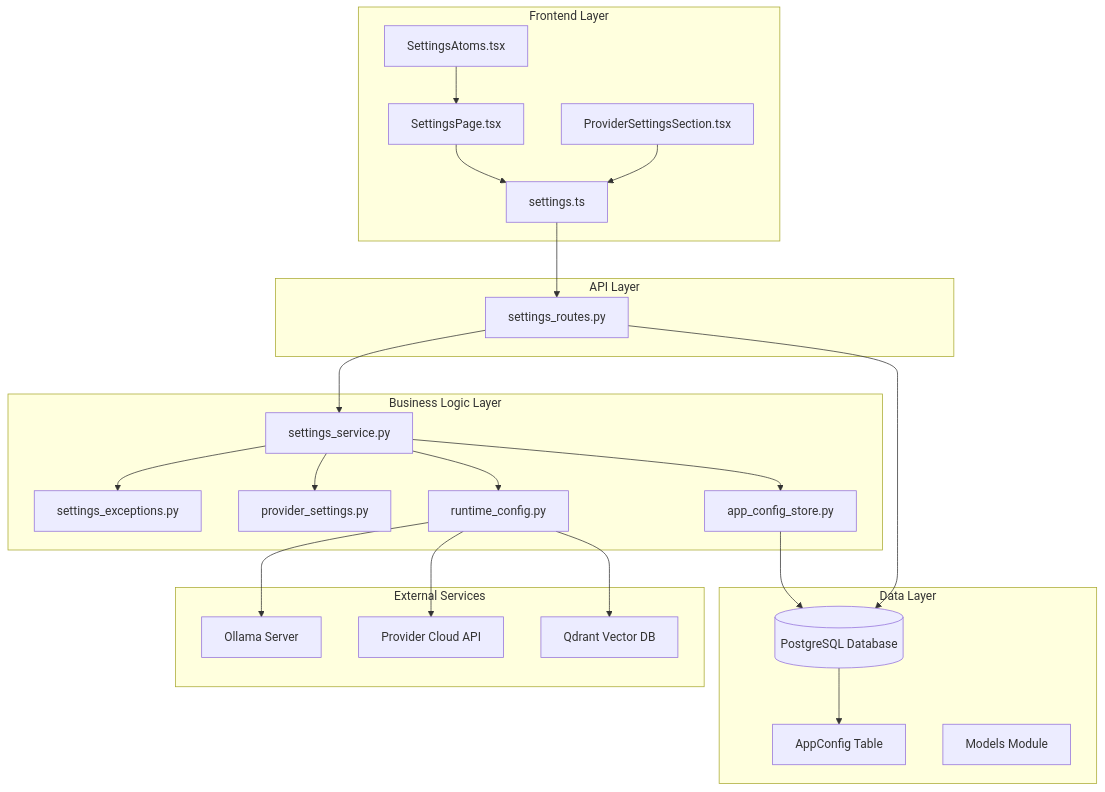
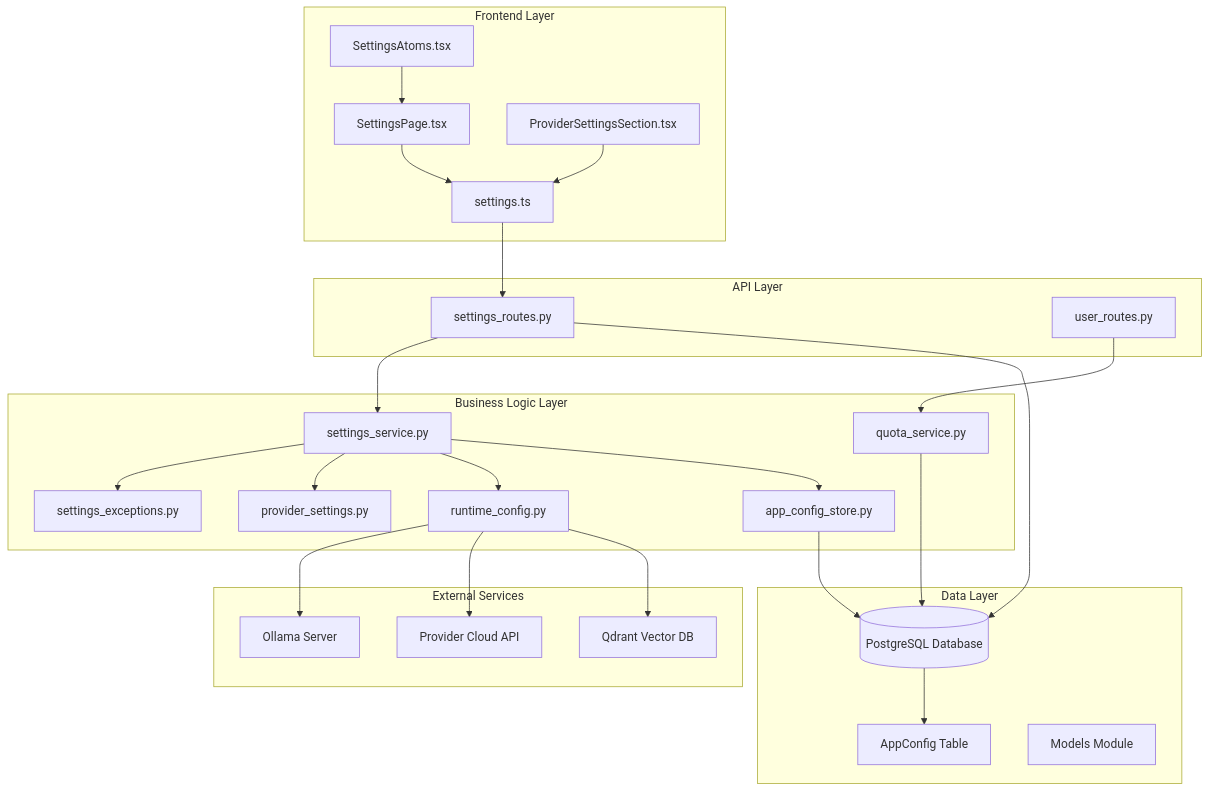
Before and after one commit to genes8/private-ai: the first of 10 diagrams in .qoder/repowiki/en/content/Backend Development/Settings Management System.md, drawn with Mermaid. The commit also changed other lines of this file and 101 other files, not shown here.

````diff
--- a/.qoder/repowiki/en/content/Backend Development/Settings Management System.md
+++ b/.qoder/repowiki/en/content/Backend Development/Settings Management System.md
@@ -53,44 +55,48 @@
 ```mermaid
 graph TB
 subgraph "Frontend Layer"
 SP[SettingsPage.tsx]
 PSS[ProviderSettingsSection.tsx]
 SA[SettingsAtoms.tsx]
 API[settings.ts]
 end
 subgraph "API Layer"
 SR[settings_routes.py]
+UR[user_routes.py]
 end
 subgraph "Business Logic Layer"
 SS[settings_service.py]
+QS[quota_service.py]
 SE[settings_exceptions.py]
 PS[provider_settings.py]
 RC[runtime_config.py]
 ACS[app_config_store.py]
 end
 subgraph "Data Layer"
 DB[(PostgreSQL Database)]
 AC[AppConfig Table]
 M[Models Module]
 end
 subgraph "External Services"
 OL[Ollama Server]
 PC[Provider Cloud API]
 QT[Qdrant Vector DB]
 end
 SP --> API
 PSS --> API
 SA --> SP
 API --> SR
 SR --> SS
+UR --> QS
 SS --> SE
 SS --> PS
 SS --> RC
 SS --> ACS
+QS --> DB
 SR --> DB
 ACS --> DB
 DB --> AC
 RC --> OL
 RC --> PC
 RC --> QT
 ```
````
